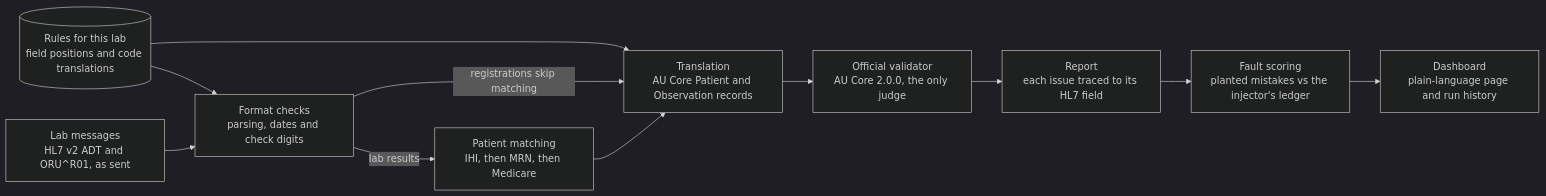
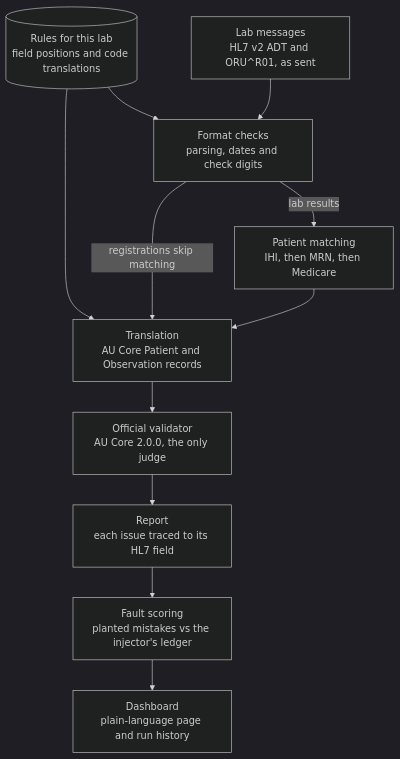
The diagram in docs/WRITEUP.md (dylandchand/au-core-gateway), drawn with Mermaid (dark theme) before and after one commit.

Commit message:
Write-up: draw the pipeline top to bottom so it reads at GitHub's width

````diff
--- a/docs/WRITEUP.md
+++ b/docs/WRITEUP.md
@@ -31,13 +31,13 @@
 ```mermaid
-flowchart LR
+flowchart TB
     R[("Rules for this lab<br/>field positions and code translations")] --> B
     R --> M
     A["Lab messages<br/>HL7 v2 ADT and ORU^R01, as sent"] --> B["Format checks<br/>parsing, dates and check digits"]
     B -->|lab results| K["Patient matching<br/>IHI, then MRN, then Medicare"]
     B -->|registrations skip matching| M
     K --> M["Translation<br/>AU Core Patient and Observation records"]
     M --> V["Official validator<br/>AU Core 2.0.0, the only judge"]
     V --> T["Report<br/>each issue traced to its HL7 field"]
     T --> F["Fault scoring<br/>planted mistakes vs the injector's ledger"]
     F --> D["Dashboard<br/>plain-language page and run history"]
 ```
````
